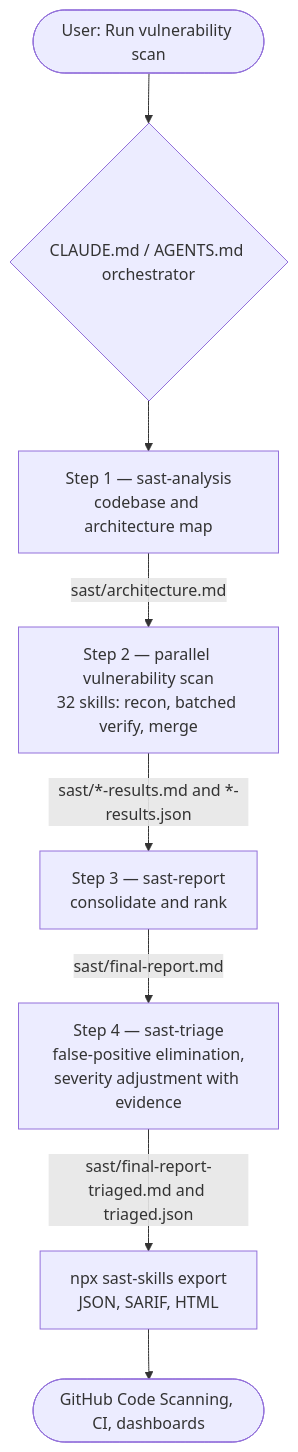
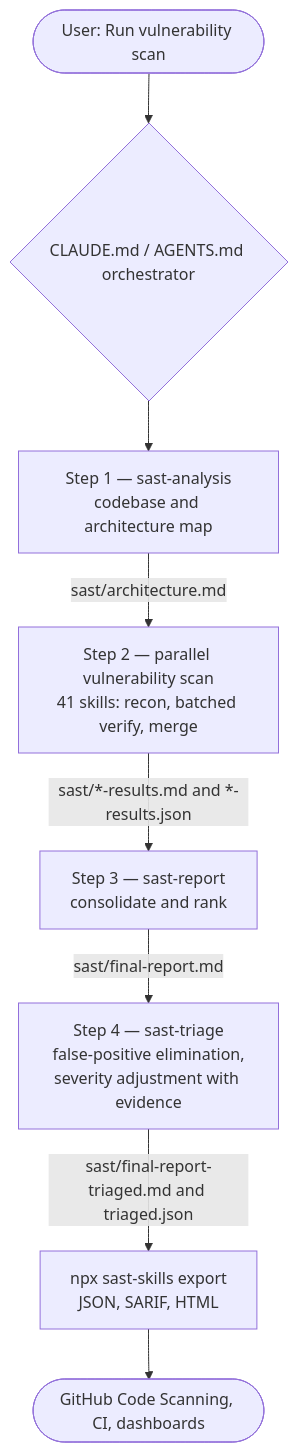
One commit to mstfknn/sast-skills changed the diagram in README.md. Above: the diagram before and after it, drawn with Mermaid. The commit also changed other lines of this file and 21 other files, not shown here.

````diff
--- a/README.md
+++ b/README.md
@@ -62,10 +62,10 @@
 ```mermaid
 flowchart TD
     U(["User: Run vulnerability scan"]) --> R{"CLAUDE.md / AGENTS.md orchestrator"}
     R --> S1["Step 1 — sast-analysis<br/>codebase and architecture map"]
-    S1 -->|sast/architecture.md| S2["Step 2 — parallel vulnerability scan<br/>32 skills: recon, batched verify, merge"]
+    S1 -->|sast/architecture.md| S2["Step 2 — parallel vulnerability scan<br/>41 skills: recon, batched verify, merge"]
     S2 -->|sast/*-results.md and *-results.json| S3["Step 3 — sast-report<br/>consolidate and rank"]
     S3 -->|sast/final-report.md| S4["Step 4 — sast-triage<br/>false-positive elimination,<br/>severity adjustment with evidence"]
     S4 -->|sast/final-report-triaged.md and triaged.json| EXP["npx sast-skills export<br/>JSON, SARIF, HTML"]
     EXP --> CS(["GitHub Code Scanning, CI, dashboards"])
 ```
````
